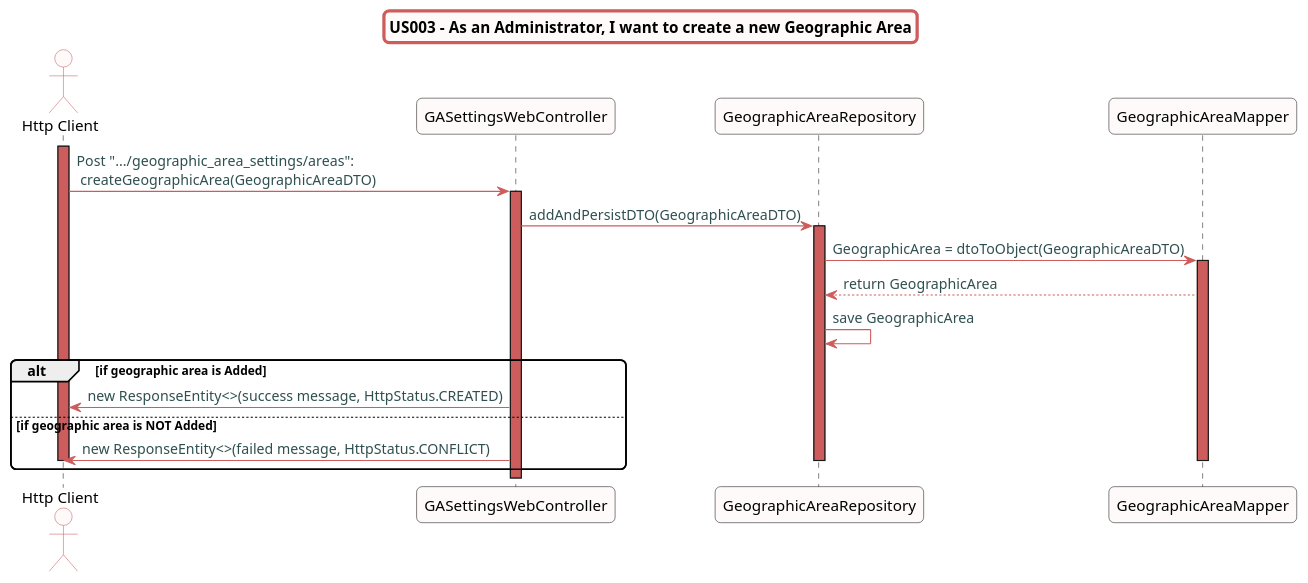
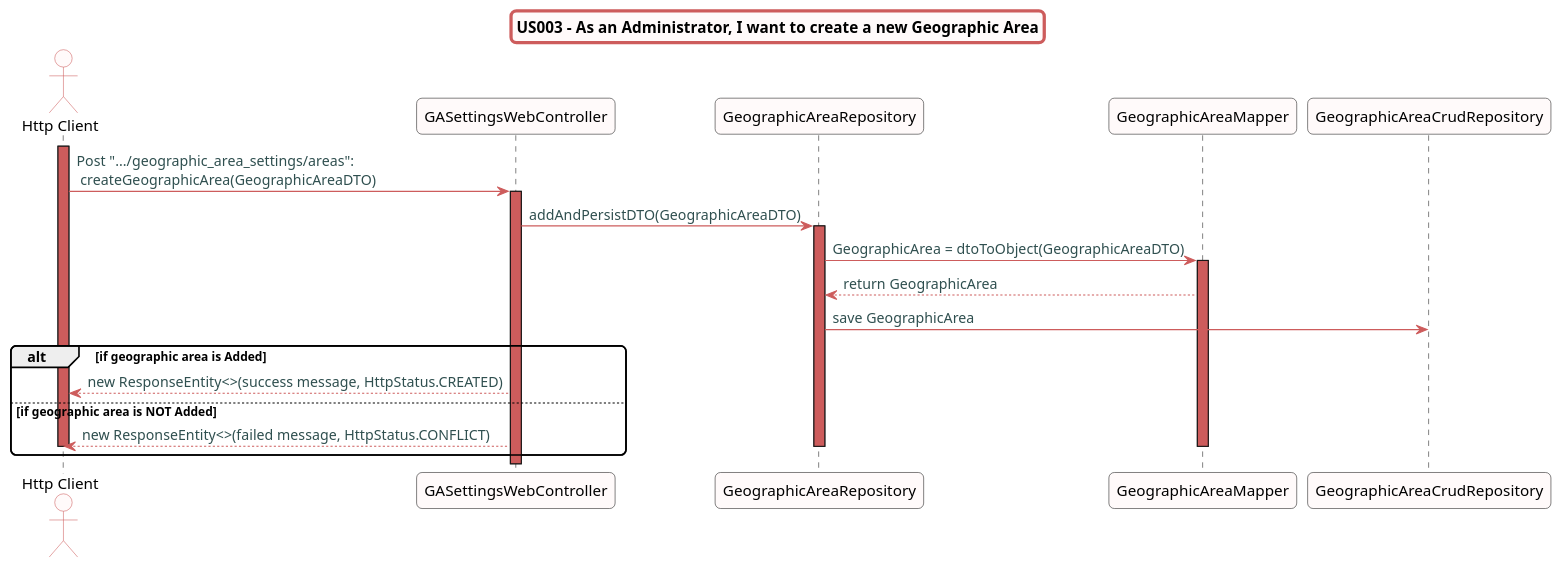
One commit to Almadanmp/project changed the diagram in src/doc/WEB_Controllers/GASettings/US003/US003_sd_GASettings.puml. Above: the diagram before and after it, drawn with PlantUML. The commit also changed 7 other files, not shown here.

Commit message:
REF #364 #361 - updated diagrams for both USs. adds testes to GASettingsController

```diff
--- a/src/doc/WEB_Controllers/GASettings/US003/US003_sd_GASettings.puml
+++ b/src/doc/WEB_Controllers/GASettings/US003/US003_sd_GASettings.puml
@@ -1,47 +1,49 @@
 @startuml
+
 skinparam titleBorderRoundCorner 10
 skinparam titleBorderThickness 3
 skinparam titleBorderColor indianred
 skinparam titleBackgroundColor snow
 skinparam FontName quicksand
 
 skinparam actor {
- 	BorderColor indianred
- 	backgroundColor Snow
- 	}
+  BorderColor indianred
+  backgroundColor Snow
+  }
 
- skinparam sequence {
- 	LifeLineBackgroundColor indianred
- 	ParticipantBackgroundColor snow
+skinparam sequence {
+  LifeLineBackgroundColor indianred
+  ParticipantBackgroundColor snow
 }
 
- skinparam roundcorner 10
+skinparam roundcorner 10
 
- skinparam component {
-   arrowThickness 1
-   ArrowFontName Verdana
-   ArrowColor indianred
-   ArrowFontColor darkslategrey
- }
+skinparam component {
+  arrowThickness 1
+  ArrowFontName Verdana
+  ArrowColor indianred
+  ArrowFontColor darkslategrey
+}
+
 title US003 - As an Administrator, I want to create a new Geographic Area
 
 actor "Http Client"
 activate "Http Client"
 "Http Client" -> "GASettingsWebController":  Post ".../geographic_area_settings/areas":\n createGeographicArea(GeographicAreaDTO)
 activate "GASettingsWebController"
 "GASettingsWebController" -> "GeographicAreaRepository": addAndPersistDTO(GeographicAreaDTO)
 activate "GeographicAreaRepository"
 "GeographicAreaRepository" -> "GeographicAreaMapper": GeographicArea = dtoToObject(GeographicAreaDTO)
 activate "GeographicAreaMapper"
 "GeographicAreaMapper" --> "GeographicAreaRepository": return GeographicArea
-"GeographicAreaRepository" -> "GeographicAreaRepository": save GeographicArea
+"GeographicAreaRepository" -> "GeographicAreaCrudRepository": save GeographicArea
 alt if geographic area is Added
-"GASettingsWebController" -> "Http Client": new ResponseEntity<>(success message, HttpStatus.CREATED)
+"GASettingsWebController" --> "Http Client": new ResponseEntity<>(success message, HttpStatus.CREATED)
 else if geographic area is NOT Added
-"GASettingsWebController" -> "Http Client": new ResponseEntity<>(failed message, HttpStatus.CONFLICT)
+"GASettingsWebController" --> "Http Client": new ResponseEntity<>(failed message, HttpStatus.CONFLICT)
 deactivate "GeographicAreaMapper"
 deactivate "GeographicAreaRepository"
 deactivate "Http Client"
 end
 
 @enduml
```
